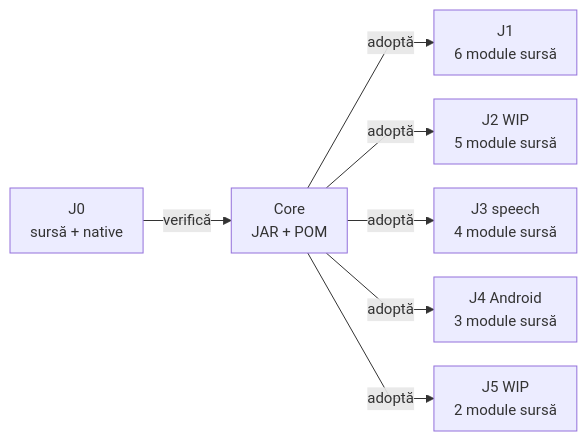
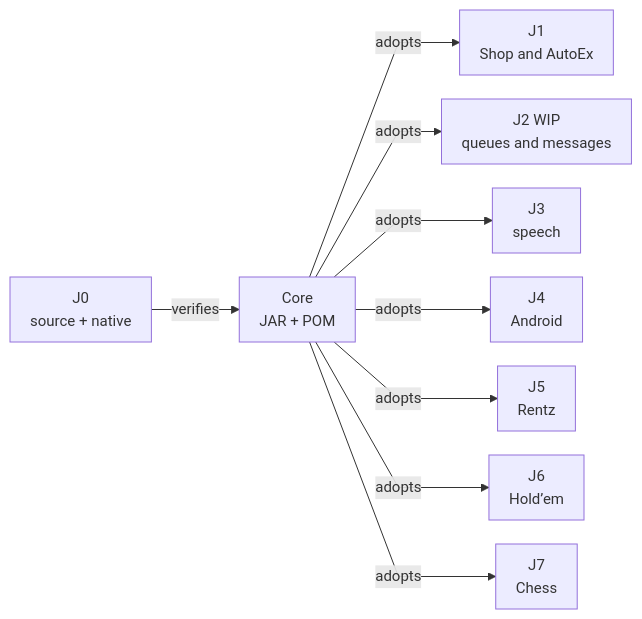
Before and after one commit to crististefanita/atf_j1: the diagram in docs/ATF_Core_Consumer.md, drawn with Mermaid. The commit also changed other lines of this file and 83 other files, not shown here.

````diff
--- a/docs/ATF_Core_Consumer.md
+++ b/docs/ATF_Core_Consumer.md
@@ -57,10 +59,12 @@
 ```mermaid
 %%{init: {"themeVariables":{"fontSize":"15px"},"themeCSS":".nodeLabel, .nodeLabel p { font-size: 15px !important; line-height: 1.35 !important; } .edgeLabel, .edgeLabel p { font-size: 12px !important; font-weight: 400 !important; line-height: 1.2 !important; } .edgeLabel .labelBkg, .edgeLabel p { background: transparent !important; } .edgeLabel foreignObject { transform: translateY(-18px); overflow: visible; } .node rect { rx: 6px; ry: 6px; }","flowchart":{"curve":"linear","nodeSpacing":24,"rankSpacing":40,"padding":10,"diagramPadding":16}}}%%
 flowchart LR
-    Owner["J0<br/>sursă + native"] -->|verifică| Binary["Core<br/>JAR + POM"]
-    Binary -->|adoptă| J1["J1<br/>6 module sursă"]
-    Binary -->|adoptă| J2["J2 WIP<br/>5 module sursă"]
-    Binary -->|adoptă| J3["J3 speech<br/>4 module sursă"]
-    Binary -->|adoptă| J4["J4 Android<br/>3 module sursă"]
-    Binary -->|adoptă| J5["J5 WIP<br/>2 module sursă"]
+    Owner["J0<br/>source + native"] -->|verifies| Binary["Core<br/>JAR + POM"]
+    Binary -->|adopts| J1["J1<br/>Shop and AutoEx"]
+    Binary -->|adopts| J2["J2 WIP<br/>queues and messages"]
+    Binary -->|adopts| J3["J3<br/>speech"]
+    Binary -->|adopts| J4["J4<br/>Android"]
+    Binary -->|adopts| J5["J5<br/>Rentz"]
+    Binary -->|adopts| J6["J6<br/>Hold’em"]
+    Binary -->|adopts| J7["J7<br/>Chess"]
 ```
````
